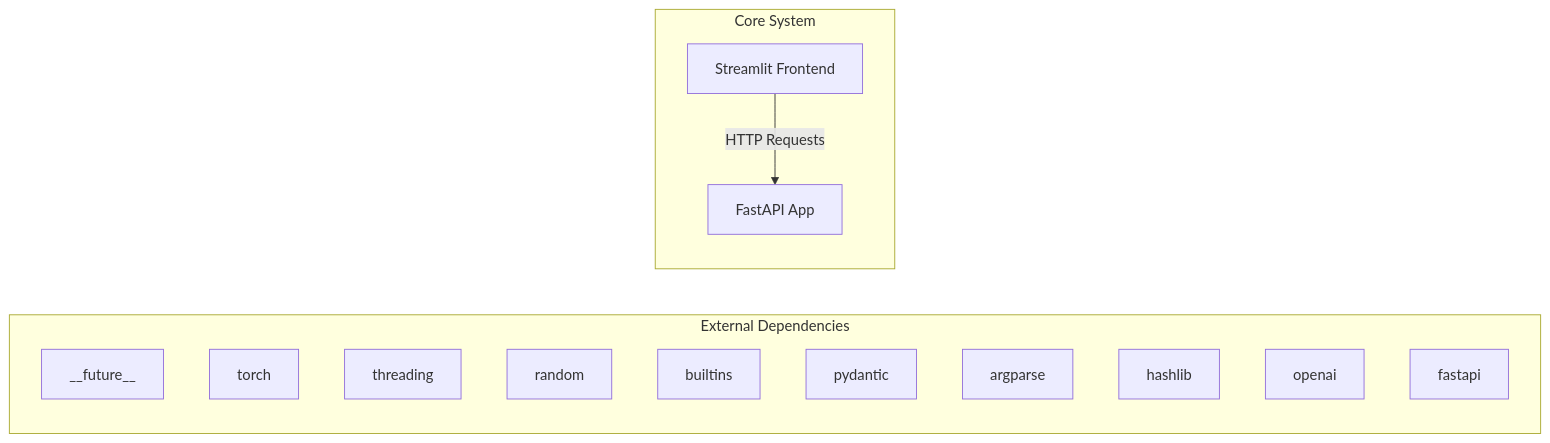
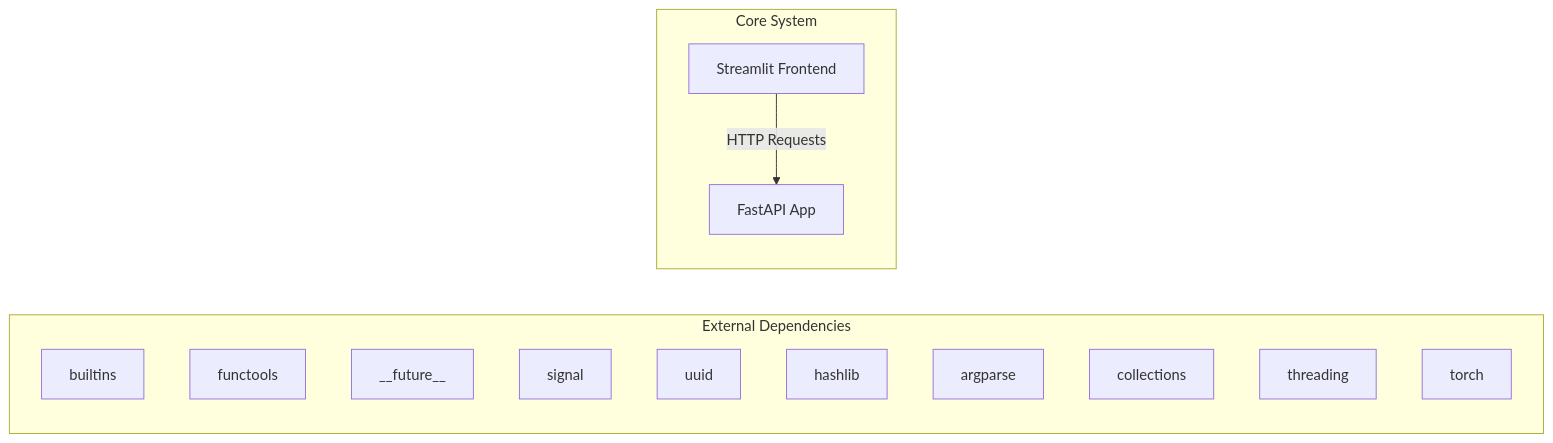
The first of 2 diagrams in docs/architecture.md (NITISH-R-G/rag-context-optimizer), drawn with Mermaid before and after one commit. The commit also changed 1 other file, not shown here.

Commit message:
docs: auto-update repository knowledge, architecture diagrams, and documentation

````diff
--- a/docs/architecture.md
+++ b/docs/architecture.md
@@ -7,20 +7,20 @@
 ```mermaid
 graph LR
     subgraph External Dependencies
-        E0["__future__"]
-        E1["torch"]
-        E2["threading"]
-        E3["random"]
-        E4["builtins"]
-        E5["pydantic"]
+        E0["builtins"]
+        E1["functools"]
+        E2["__future__"]
+        E3["signal"]
+        E4["uuid"]
+        E5["hashlib"]
         E6["argparse"]
-        E7["hashlib"]
-        E8["openai"]
-        E9["fastapi"]
+        E7["collections"]
+        E8["threading"]
+        E9["torch"]
     end
     subgraph Core System
         API["FastAPI App"]
         UI["Streamlit Frontend"]
     end
     UI -->|HTTP Requests| API
 ```
````
